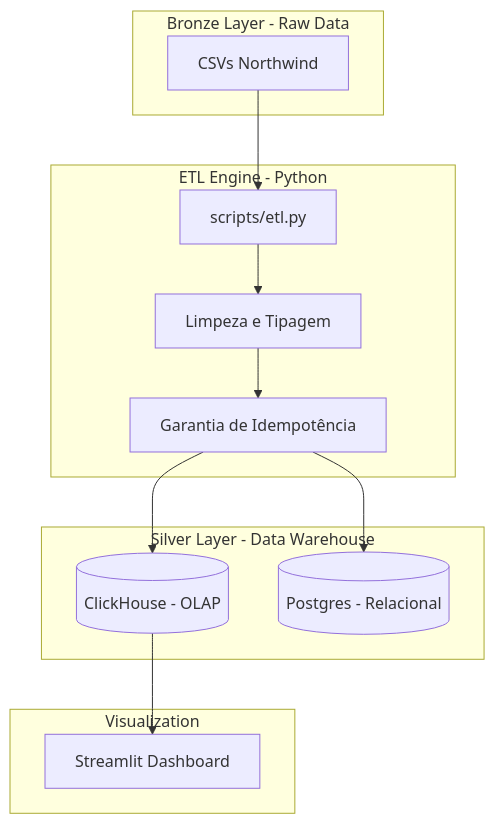
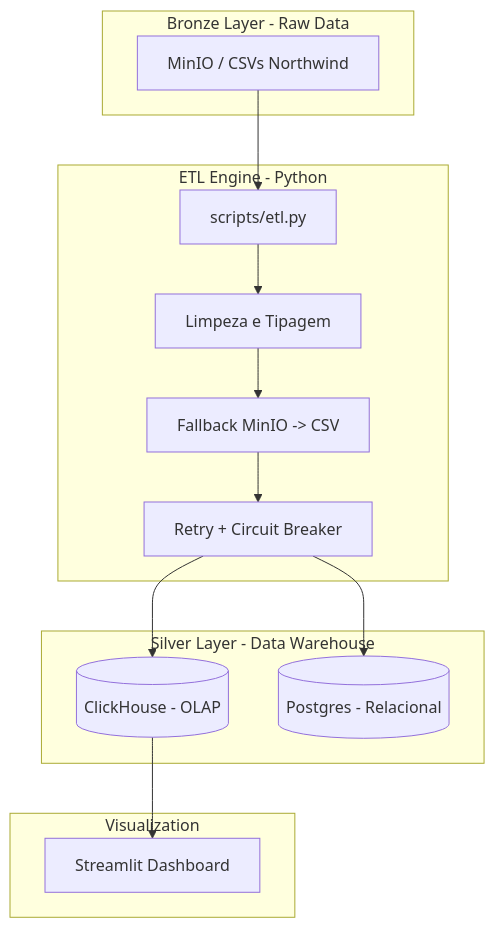
Before and after one commit to leonardohakim/projeto_final_afonso: the first of 2 diagrams in README.md, drawn with Mermaid. The commit also changed other lines of this file and 3 other files, not shown here.

````diff
--- a/README.md
+++ b/README.md
@@ -12,28 +12,30 @@
 ```mermaid
 graph TD
     subgraph Bronze_Layer [Bronze Layer - Raw Data]
-        A[CSVs Northwind]
+        A[MinIO / CSVs Northwind]
     end
 
     subgraph Processing [ETL Engine - Python]
         B[scripts/etl.py]
         B1[Limpeza e Tipagem]
-        B2[Garantia de Idempotência]
+        B2[Fallback MinIO -> CSV]
+        B3[Retry + Circuit Breaker]
     end
 
     subgraph Analytical_Layer [Silver Layer - Data Warehouse]
         C[(ClickHouse - OLAP)]
         D[(Postgres - Relacional)]
     end
 
     subgraph Presentation [Visualization]
         E[Streamlit Dashboard]
     end
 
     A --> B
     B --> B1
     B1 --> B2
-    B2 --> C
-    B2 --> D
+    B2 --> B3
+    B3 --> C
+    B3 --> D
     C --> E
 ```
````
